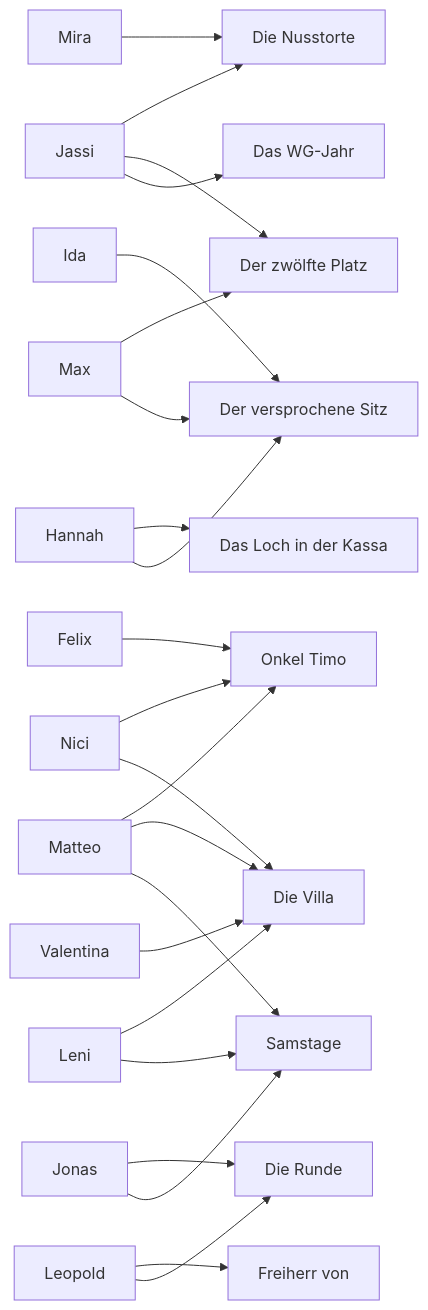
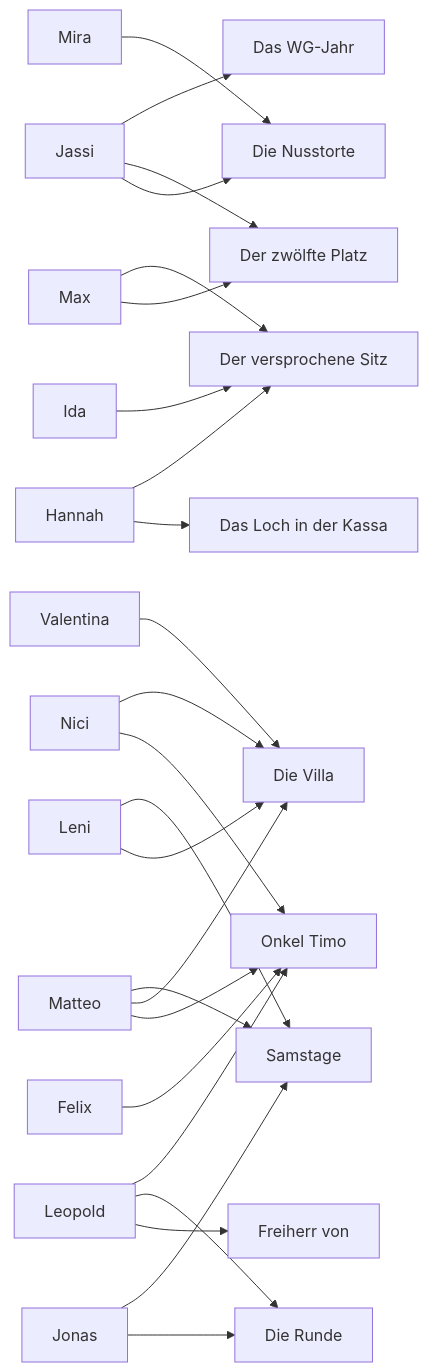
One commit to DanielJMoser/ObsidianVault changed the seventh of 7 diagrams in IT/Lo im Kindergarten/Dossiers/Beziehungsnetz.md. Above: the diagram before and after it, drawn with Mermaid. The commit also changed other lines of this file and 10 other files, not shown here.

````diff
--- a/IT/Lo im Kindergarten/Dossiers/Beziehungsnetz.md
+++ b/IT/Lo im Kindergarten/Dossiers/Beziehungsnetz.md
@@ -191,26 +191,28 @@
 ```mermaid
 flowchart LR
   Mira --> N["Die Nusstorte"]
   Jassi --> N
   Jassi --> Z["Der zwölfte Platz"]
   Max --> Z
   Felix --> O["Onkel Timo"]
   Matteo --> O
   Nici --> O
   Matteo --> VI["Die Villa"]
   Nici --> VI
   Leni --> VI
   Valentina --> VI
   Hannah --> K["Das Loch in der Kassa"]
   Leopold --> F["Freiherr von"]
   Leopold --> R["Die Runde"]
+  %% (#160) Leopold hört die Affäre und hält sie für Steuerberatung
+  Leopold --> O
   Jonas --> R
   Jonas --> S["Samstage"]
   Leni --> S
   Matteo --> S
   Jassi --> W["Das WG-Jahr"]
   Ida --> VS["Der versprochene Sitz"]
   Hannah --> VS
   Max --> VS
   class Mira,Jassi,Max,Felix,Matteo,Nici,Leni,Valentina,Hannah,Leopold,Jonas,Ida,N,Z,O,VI,K,F,R,S,W,VS internal-link;
 ```
````
